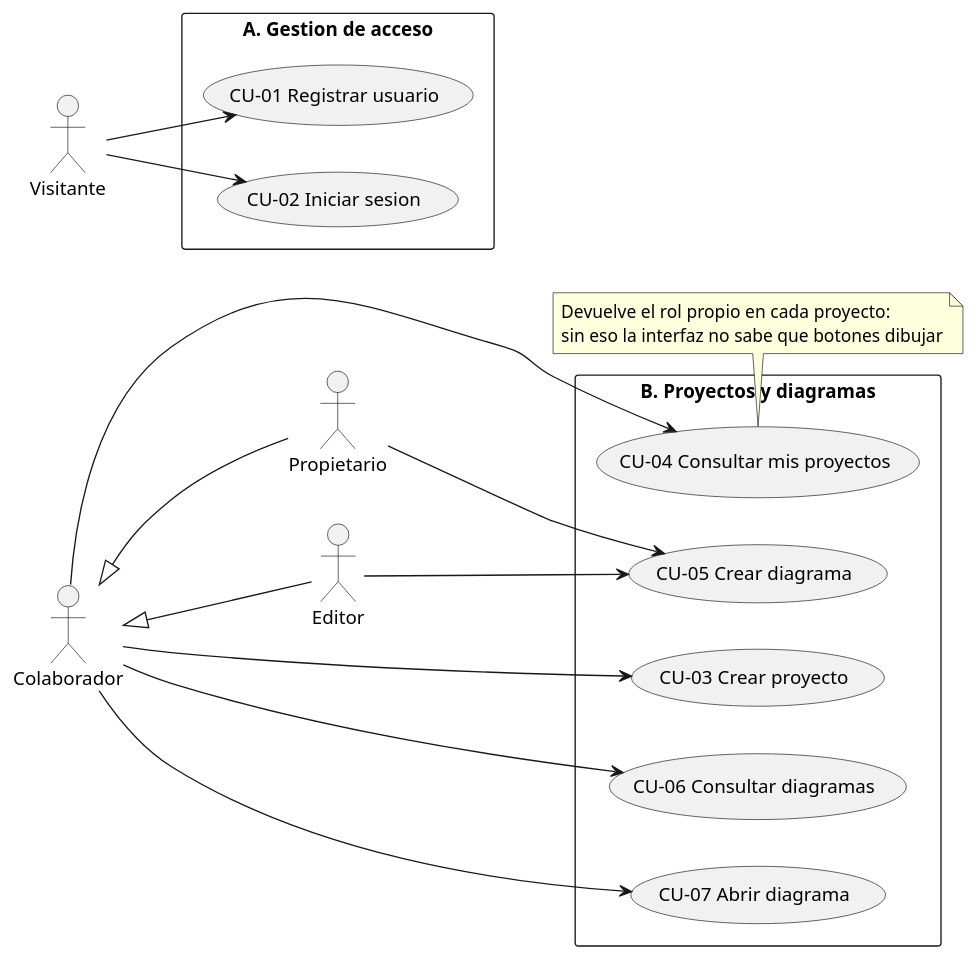
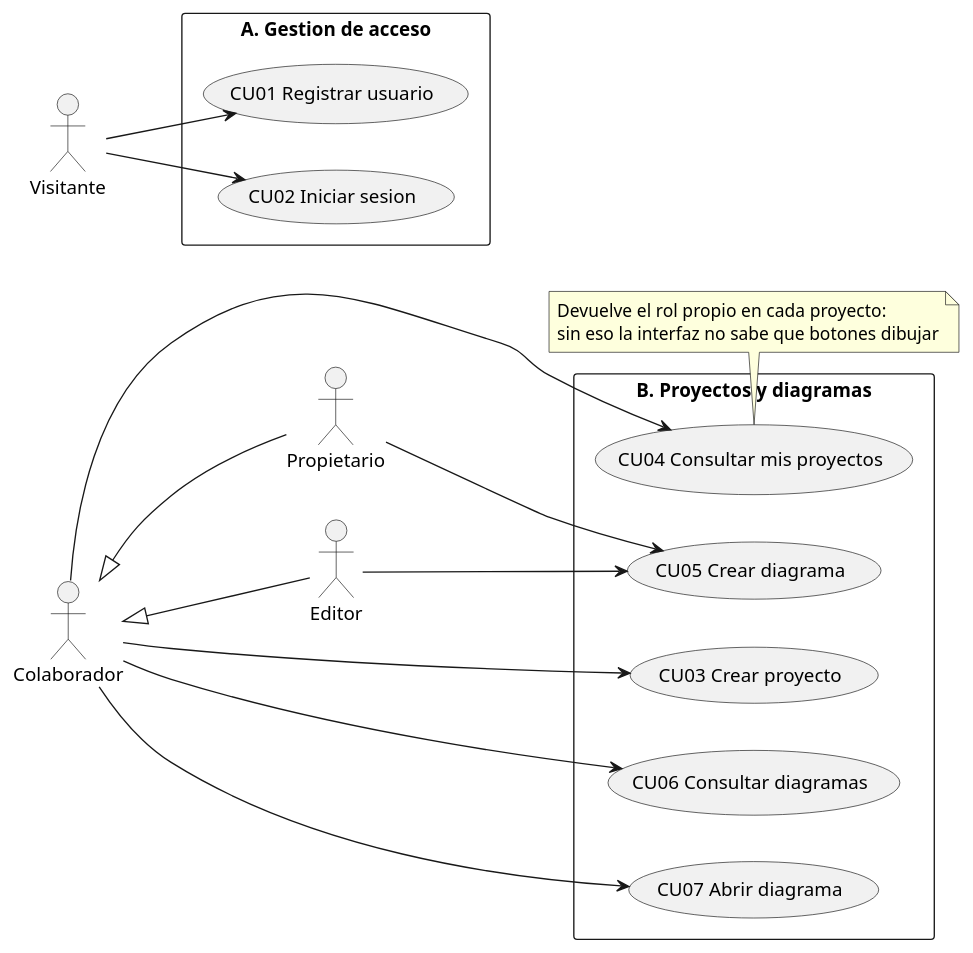
Before and after one commit to daniel-ol5/diagramacolaborativo: the diagram in docs/puds/diagramas/casos-de-uso-acceso.puml, drawn with PlantUML. The commit also changed 6 other files, not shown here.

```diff
--- a/docs/puds/diagramas/casos-de-uso-acceso.puml
+++ b/docs/puds/diagramas/casos-de-uso-acceso.puml
@@ -1,39 +1,39 @@
 @startuml casos-de-uso-acceso
 ' Paquetes A y B - Acceso, proyectos y diagramas
 left to right direction
 
 actor "Visitante" as V
 actor "Colaborador" as C
 actor "Propietario" as OW
 actor "Editor" as ED
 
 C <|-- OW
 C <|-- ED
 
 rectangle "A. Gestion de acceso" {
-  usecase "CU-01 Registrar usuario" as CU01
-  usecase "CU-02 Iniciar sesion" as CU02
+  usecase "CU01 Registrar usuario" as CU01
+  usecase "CU02 Iniciar sesion" as CU02
 }
 
 rectangle "B. Proyectos y diagramas" {
-  usecase "CU-03 Crear proyecto" as CU03
-  usecase "CU-04 Consultar mis proyectos" as CU04
-  usecase "CU-05 Crear diagrama" as CU05
-  usecase "CU-06 Consultar diagramas" as CU06
-  usecase "CU-07 Abrir diagrama" as CU07
+  usecase "CU03 Crear proyecto" as CU03
+  usecase "CU04 Consultar mis proyectos" as CU04
+  usecase "CU05 Crear diagrama" as CU05
+  usecase "CU06 Consultar diagramas" as CU06
+  usecase "CU07 Abrir diagrama" as CU07
 }
 
 V --> CU01
 V --> CU02
 C --> CU03
 C --> CU04
 OW --> CU05
 ED --> CU05
 C --> CU06
 C --> CU07
 
 note bottom of CU04
   Devuelve el rol propio en cada proyecto:
   sin eso la interfaz no sabe que botones dibujar
 end note
 @enduml
```
